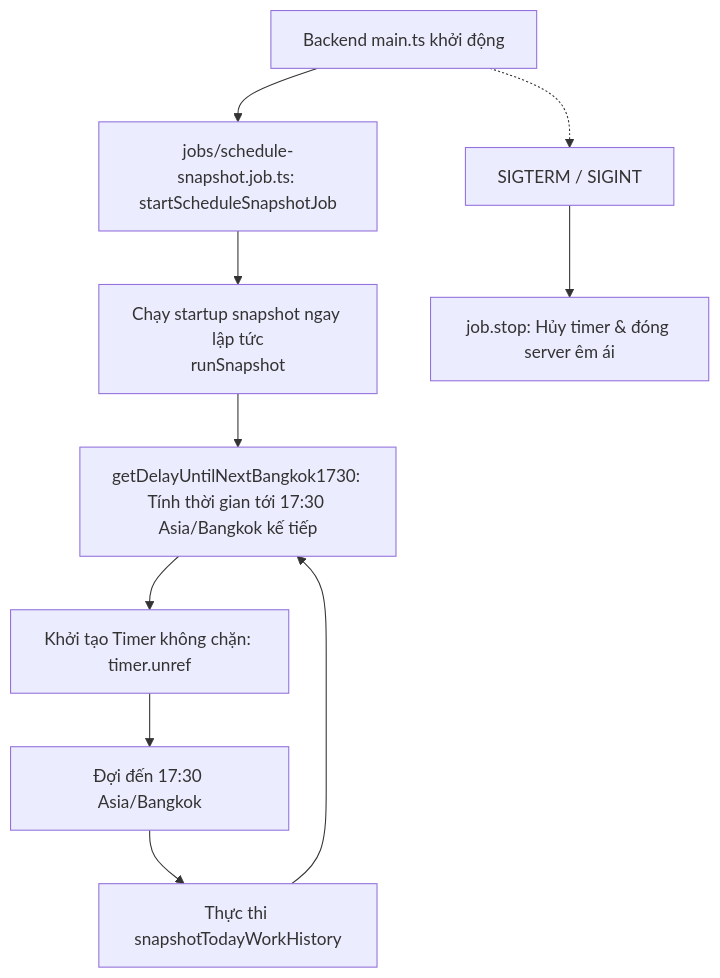
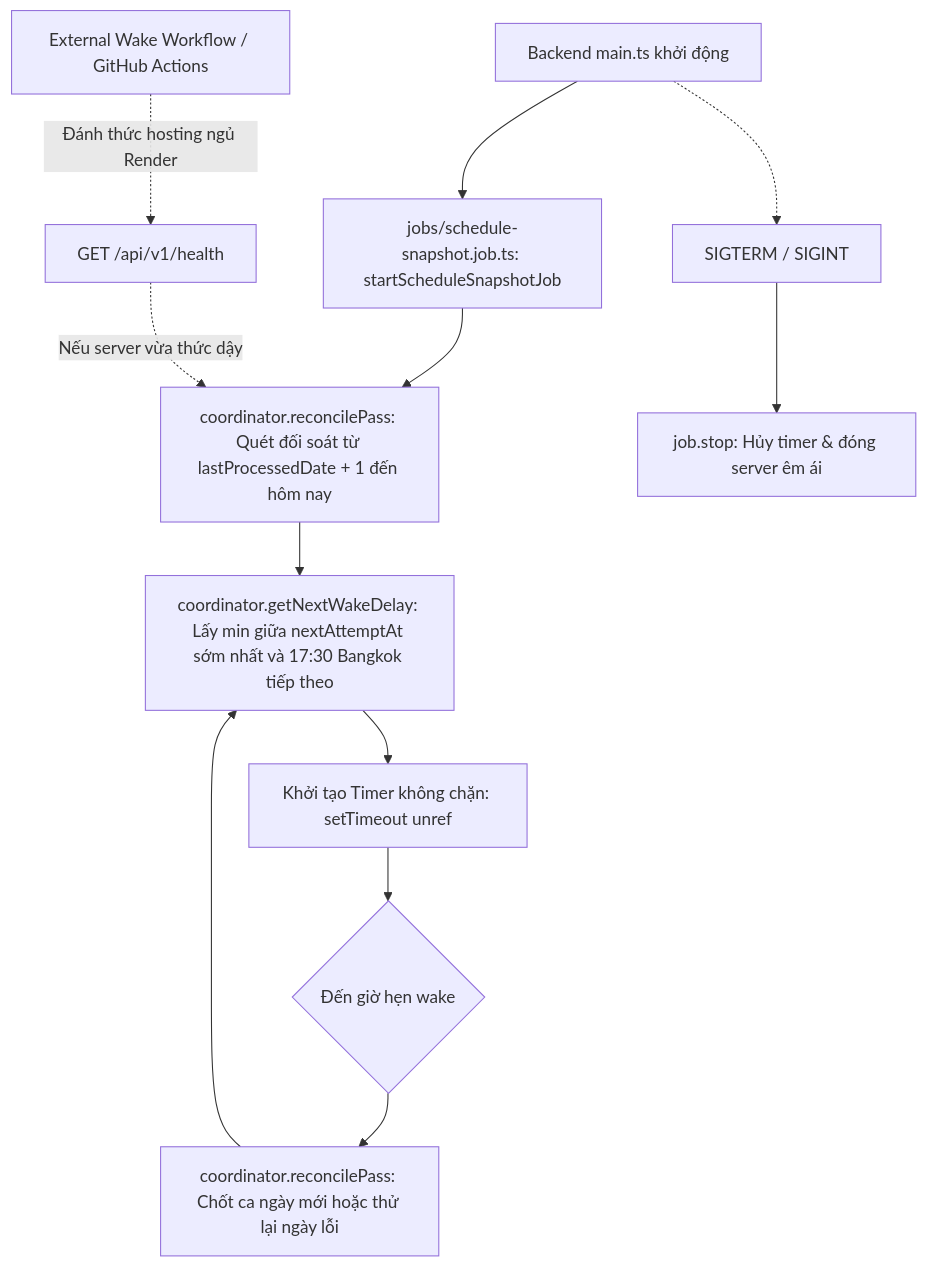
The eighth of 8 diagrams in docs/ARCHITECTURE.md (MINHDZVODICH/ctv-manage), drawn with Mermaid before and after one commit. The commit also changed other lines of this file and 5 other files, not shown here.

Commit message:
docs: synchronize architecture, database, recovery, api, and traceability (Phase 6)

````diff
--- a/docs/ARCHITECTURE.md
+++ b/docs/ARCHITECTURE.md
@@ -460,11 +485,15 @@
 ```mermaid
 flowchart TD
     AppStart[Backend main.ts khởi động] --> StartJob[jobs/schedule-snapshot.job.ts: startScheduleSnapshotJob]
-    StartJob --> RunOnce[Chạy startup snapshot ngay lập tức\nrunSnapshot]
-    RunOnce --> CalcNext[getDelayUntilNextBangkok1730: Tính thời gian tới 17:30 Asia/Bangkok kế tiếp]
-    CalcNext --> SetTimer[Khởi tạo Timer không chặn: timer.unref]
-    SetTimer --> Wait[Đợi đến 17:30 Asia/Bangkok]
-    Wait --> ExecJob[Thực thi snapshotTodayWorkHistory]
-    ExecJob --> CalcNext
+    StartJob --> StartupReconcile[coordinator.reconcilePass: Quét đối soát từ lastProcessedDate + 1 đến hôm nay]
+    StartupReconcile --> CalcWake[coordinator.getNextWakeDelay: Lấy min giữa nextAttemptAt sớm nhất và 17:30 Bangkok tiếp theo]
+    CalcWake --> ScheduleTimer[Khởi tạo Timer không chặn: setTimeout unref]
+    ScheduleTimer --> TimerFires{Đến giờ hẹn wake}
+    TimerFires --> ReconcilePass[coordinator.reconcilePass: Chốt ca ngày mới hoặc thử lại ngày lỗi]
+    ReconcilePass --> CalcWake
+
+    ExtWake[External Wake Workflow / GitHub Actions] -.->|Đánh thức hosting ngủ Render| WakeEndpoint[GET /api/v1/health]
+    WakeEndpoint -.->|Nếu server vừa thức dậy| StartupReconcile
+
     AppStart -.-> Shutdown[SIGTERM / SIGINT] --> StopJob[job.stop: Hủy timer & đóng server êm ái]
 ```
````
